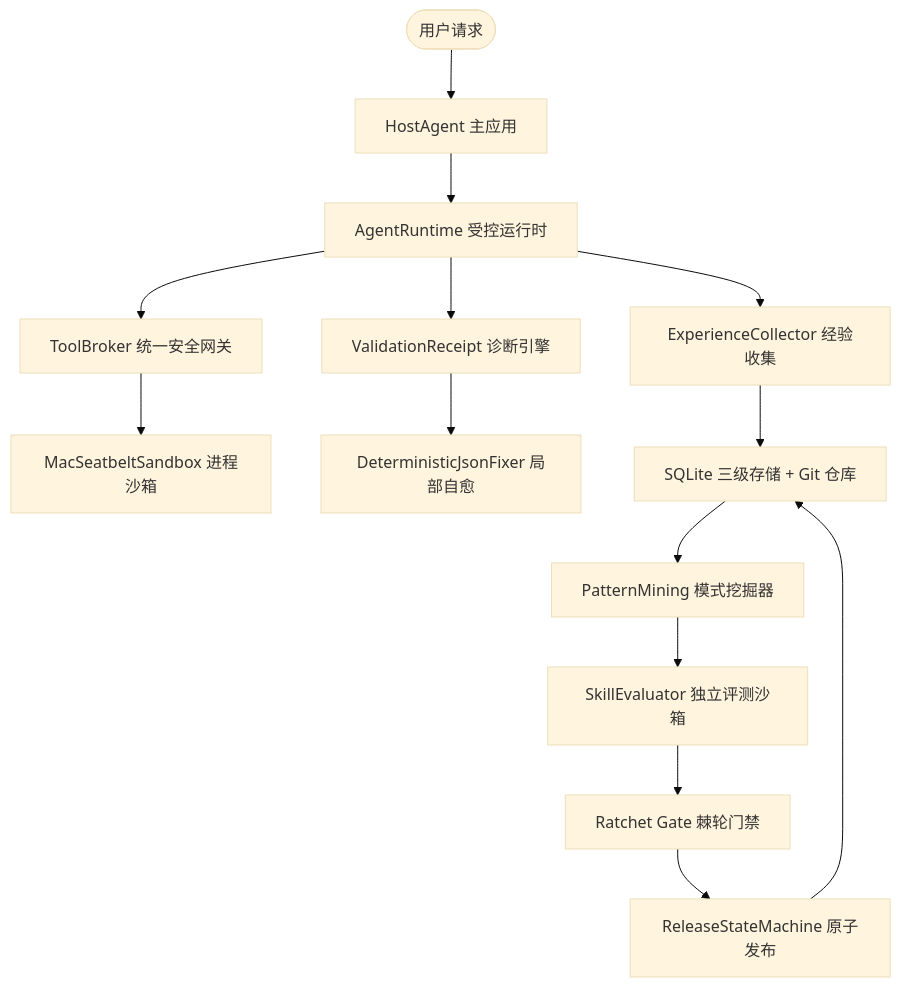
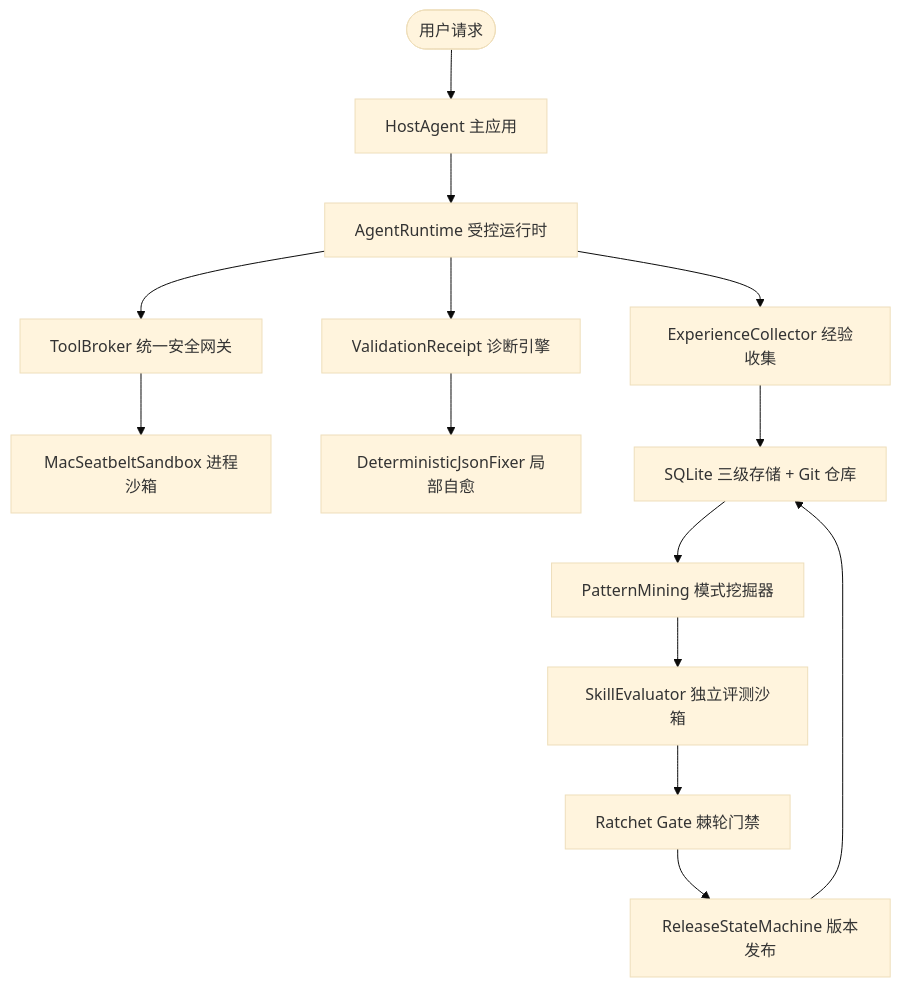
One commit to SuperGODOG/skillforge changed the diagram in docs/SKILLFORGE_INTERVIEW_AND_ARCHITECTURE_MASTER.md. Above: the diagram before and after it, drawn with Mermaid (base theme). The commit also changed other lines of this file and 41 other files, not shown here.

````diff
--- a/docs/SKILLFORGE_INTERVIEW_AND_ARCHITECTURE_MASTER.md
+++ b/docs/SKILLFORGE_INTERVIEW_AND_ARCHITECTURE_MASTER.md
@@ -76,19 +241,19 @@
 ```mermaid
 graph TD
     User([用户请求]) --> HostAgent[HostAgent 主应用]
     HostAgent --> Runtime[AgentRuntime 受控运行时]
     Runtime --> Broker[ToolBroker 统一安全网关]
     Broker --> Sandbox[MacSeatbeltSandbox 进程沙箱]
     
     Runtime --> ReceiptEngine[ValidationReceipt 诊断引擎]
     ReceiptEngine --> Fixer[DeterministicJsonFixer 局部自愈]
     
     Runtime --> Collector[ExperienceCollector 经验收集]
     Collector --> Storage[SQLite 三级存储 + Git 仓库]
     
     Storage --> Miner[PatternMining 模式挖掘器]
     Miner --> Evaluator[SkillEvaluator 独立评测沙箱]
     Evaluator --> Gate[Ratchet Gate 棘轮门禁]
-    Gate --> StateMachine[ReleaseStateMachine 原子发布]
+    Gate --> StateMachine[ReleaseStateMachine 版本发布]
     StateMachine --> Storage
 ```
````
